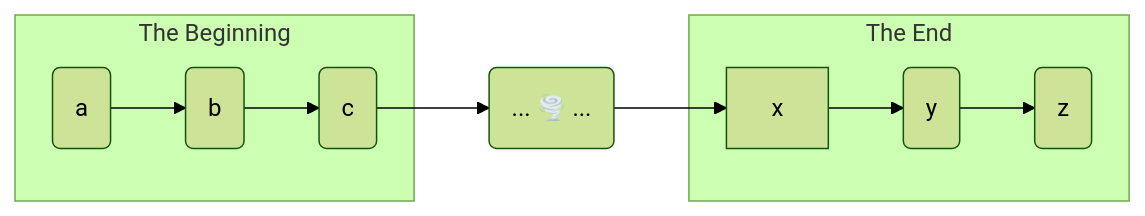
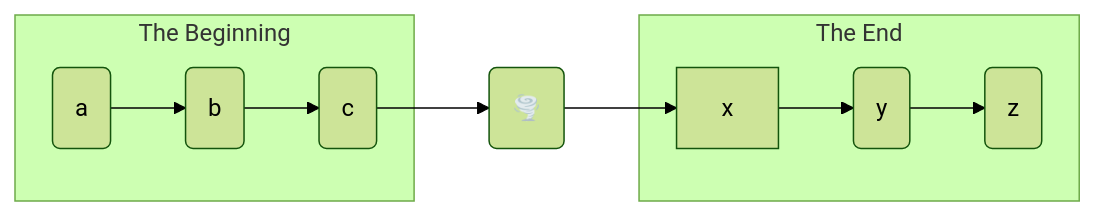
One commit to svidgen/www.thepointless.com changed the diagram in src/routes/contribute.md. Above: the diagram before and after it, drawn with Mermaid (forest theme). The commit also changed other lines of this file and 6 other files, not shown here.

````diff
--- a/src/routes/contribute.md
+++ b/src/routes/contribute.md
@@ -19,13 +19,13 @@
 ```mermaid
 graph LR;
 	subgraph The Beginning;
 		a(a) --> b(b);
 		b --> c(c);
 	end;
 	subgraph The End;
 		x --> y(y);
 		y --> z(z);
 	end;
-	c --> etc("... 🌪️ ...");
+	c --> etc("🌪️");
 	etc --> x;
 ```
````
